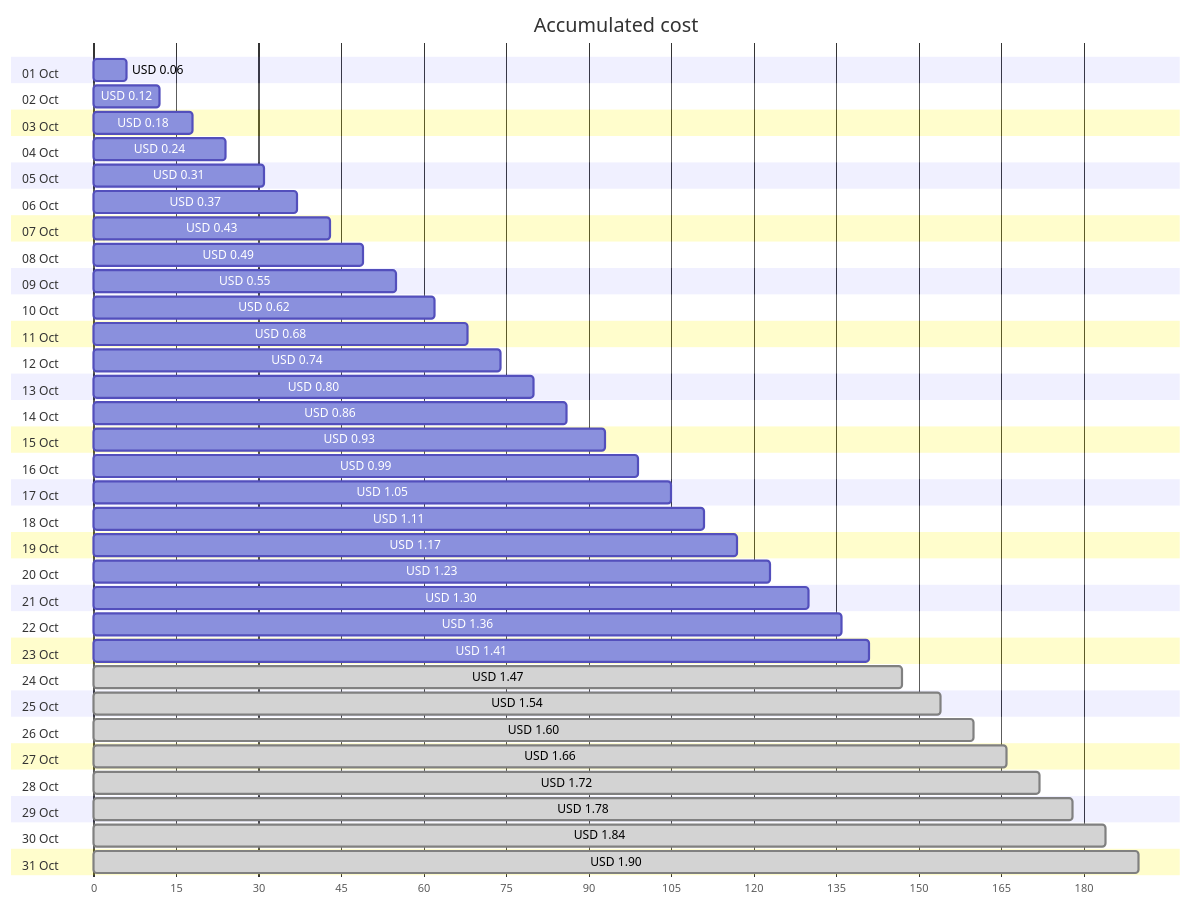
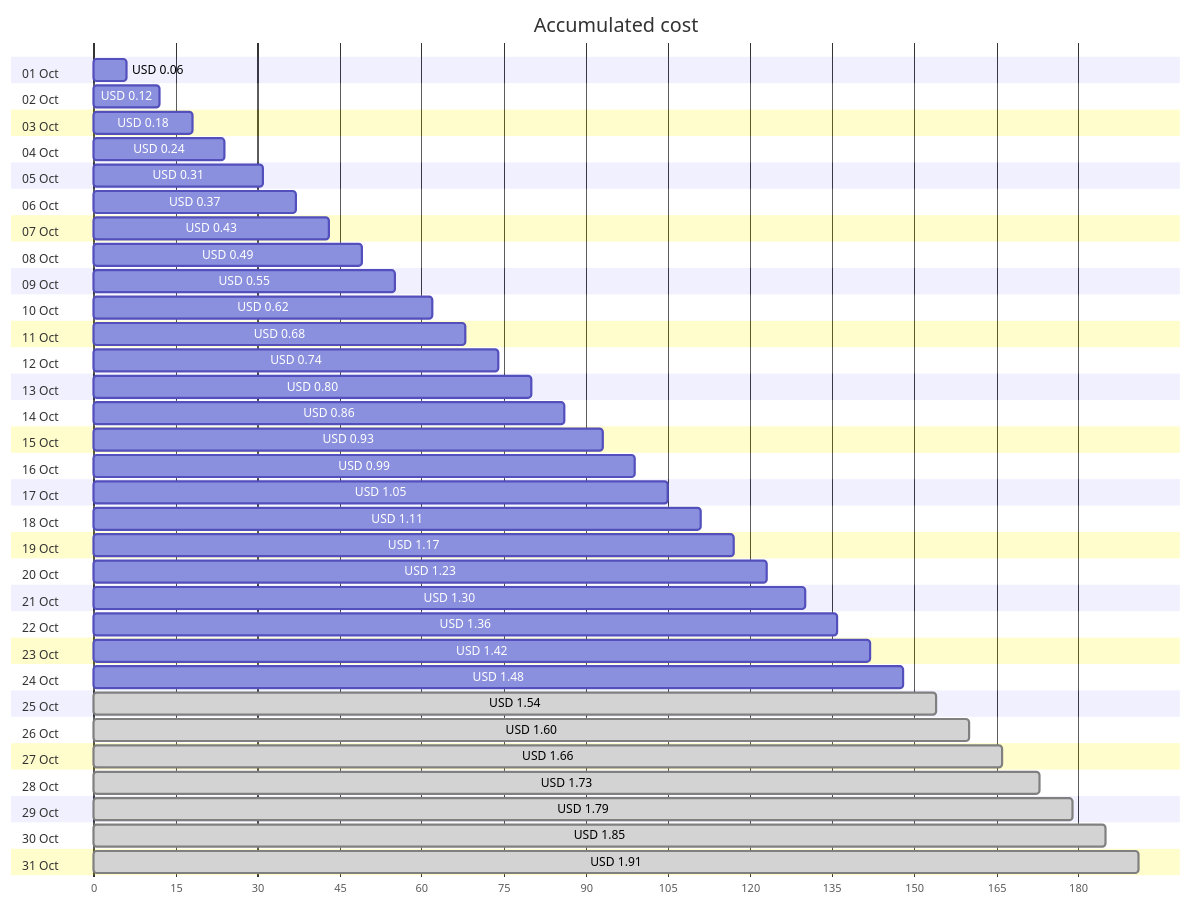
One commit to jpfulton/azure-personal-reports changed the first of 4 diagrams in cost-reports/personal-network/backup-server_OsDisk.md. Above: the diagram before and after it, drawn with Mermaid. The commit also changed other lines of this file and 7 other files, not shown here.

````diff
--- a/cost-reports/personal-network/backup-server_OsDisk.md
+++ b/cost-reports/personal-network/backup-server_OsDisk.md
@@ -20,68 +20,68 @@
 ```mermaid
 gantt
    title Accumulated cost
    dateFormat  X
    axisFormat %s
    section 01 Oct
    USD 0.06 :0, 6
    section 02 Oct
    USD 0.12 :0, 12
    section 03 Oct
    USD 0.18 :0, 18
    section 04 Oct
    USD 0.24 :0, 24
    section 05 Oct
    USD 0.31 :0, 31
    section 06 Oct
    USD 0.37 :0, 37
    section 07 Oct
    USD 0.43 :0, 43
    section 08 Oct
    USD 0.49 :0, 49
    section 09 Oct
    USD 0.55 :0, 55
    section 10 Oct
    USD 0.62 :0, 62
    section 11 Oct
    USD 0.68 :0, 68
    section 12 Oct
    USD 0.74 :0, 74
    section 13 Oct
    USD 0.80 :0, 80
    section 14 Oct
    USD 0.86 :0, 86
    section 15 Oct
    USD 0.93 :0, 93
    section 16 Oct
    USD 0.99 :0, 99
    section 17 Oct
    USD 1.05 :0, 105
    section 18 Oct
    USD 1.11 :0, 111
    section 19 Oct
    USD 1.17 :0, 117
    section 20 Oct
    USD 1.23 :0, 123
    section 21 Oct
    USD 1.30 :0, 130
    section 22 Oct
    USD 1.36 :0, 136
    section 23 Oct
-   USD 1.41 :0, 141
+   USD 1.42 :0, 142
    section 24 Oct
-   USD 1.47 : done, 0, 147
+   USD 1.48 :0, 148
    section 25 Oct
    USD 1.54 : done, 0, 154
    section 26 Oct
    USD 1.60 : done, 0, 160
    section 27 Oct
    USD 1.66 : done, 0, 166
    section 28 Oct
-   USD 1.72 : done, 0, 172
+   USD 1.73 : done, 0, 173
    section 29 Oct
-   USD 1.78 : done, 0, 178
+   USD 1.79 : done, 0, 179
    section 30 Oct
-   USD 1.84 : done, 0, 184
+   USD 1.85 : done, 0, 185
    section 31 Oct
-   USD 1.90 : done, 0, 190
+   USD 1.91 : done, 0, 191
 ```
````
